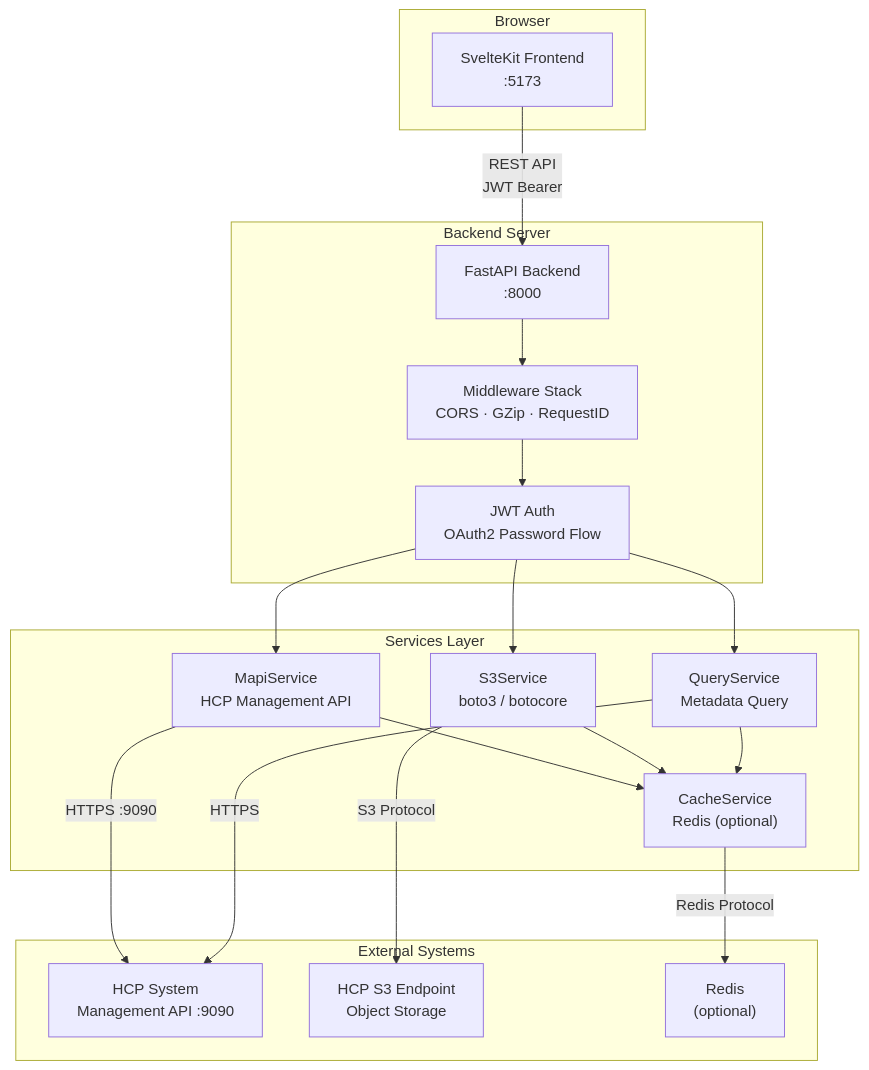
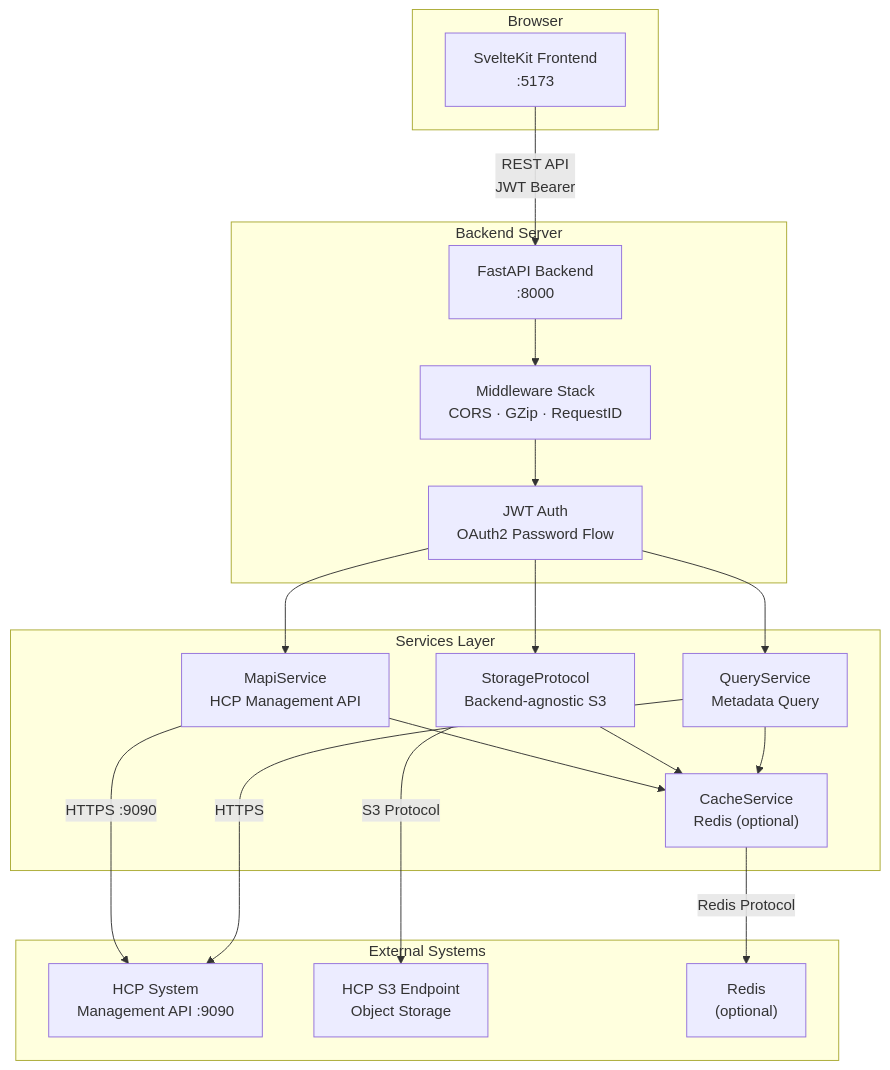
The first of 7 diagrams in docs/architecture/index.md (AI-Riksarkivet/ra-hcp), drawn with Mermaid before and after one commit. The commit also changed other lines of this file and 11 other files, not shown here.

First line of the commit message:
docs: document storage layer architecture, versions, and multipart APIs

````diff
--- a/docs/architecture/index.md
+++ b/docs/architecture/index.md
@@ -7,38 +7,38 @@
 ```mermaid
 graph TB
     subgraph "Browser"
         FE["SvelteKit Frontend<br/>:5173"]
     end
 
     subgraph "Backend Server"
         API["FastAPI Backend<br/>:8000"]
         MW["Middleware Stack<br/>CORS · GZip · RequestID"]
         AUTH["JWT Auth<br/>OAuth2 Password Flow"]
     end
 
     subgraph "Services Layer"
         MAPI["MapiService<br/>HCP Management API"]
-        S3["S3Service<br/>boto3 / botocore"]
+        S3["StorageProtocol<br/>Backend-agnostic S3"]
         QUERY["QueryService<br/>Metadata Query"]
         CACHE["CacheService<br/>Redis (optional)"]
     end
 
     subgraph "External Systems"
         HCP["HCP System<br/>Management API :9090"]
         S3EP["HCP S3 Endpoint<br/>Object Storage"]
         REDIS["Redis<br/>(optional)"]
     end
 
     FE -->|"REST API<br/>JWT Bearer"| API
     API --> MW --> AUTH
     AUTH --> MAPI
     AUTH --> S3
     AUTH --> QUERY
     MAPI --> CACHE
     S3 --> CACHE
     QUERY --> CACHE
     MAPI -->|"HTTPS :9090"| HCP
     S3 -->|"S3 Protocol"| S3EP
     QUERY -->|"HTTPS"| HCP
     CACHE -->|"Redis Protocol"| REDIS
 ```
````
